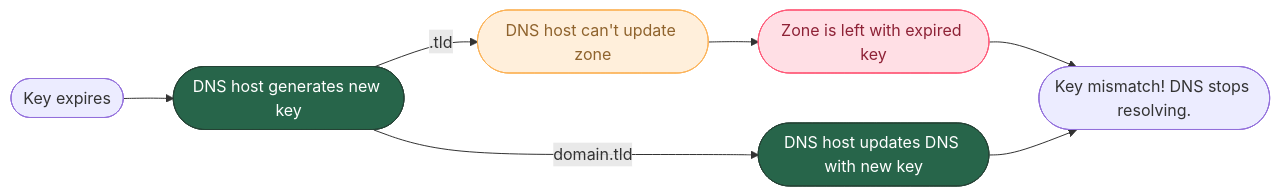
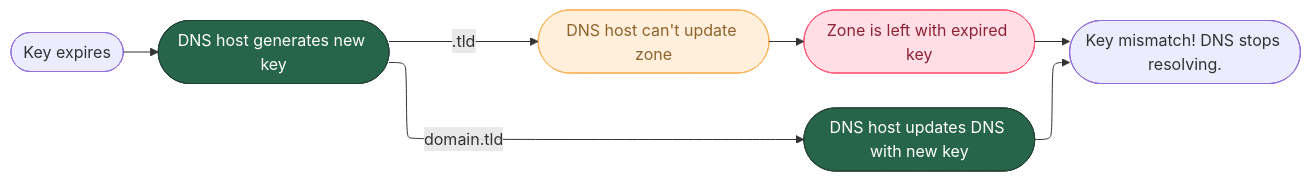
The fourth of 4 diagrams in DNSSEC.md (tecapps/presentations), drawn with Mermaid before and after one commit. The commit also changed other lines of this file, not shown here.

First line of the commit message:
📝 Update Mermaid diagram layouts in DNSSEC.md

````diff
--- a/DNSSEC.md
+++ b/DNSSEC.md
@@ -107,17 +113,22 @@
 ```mermaid
+---
+id: dcfe136e-adee-477f-9c05-903347e007fb
+config:
+  layout: elk
+---
 flowchart LR
     KE(["Key expires"]) --> RG(["DNS host generates new key"])
     RG -- ".tld" --> RZ(["DNS host can't update zone"])
     RZ --> EX(["Zone is left with expired key"])
     RG -- "domain.tld" --> DH(["DNS host updates DNS with new key"])
     EX --> YAY(["Key mismatch! DNS stops resolving."])
     DH --> YAY
 
      RG:::Pine
      RZ:::Peach
      EX:::Rose
      DH:::Pine
     classDef Pine stroke-width:1px, stroke-dasharray:none, stroke:#254336, fill:#27654A, color:#FFFFFF
     classDef Rose stroke-width:1px, stroke-dasharray:none, stroke:#FF5978, fill:#FFDFE5, color:#8E2236
     classDef Peach stroke-width:1px, stroke-dasharray:none, stroke:#FBB35A, fill:#FFEFDB, color:#8F632D
 ```
````
